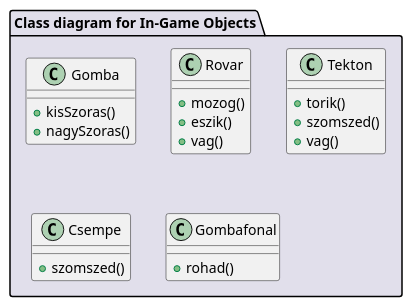
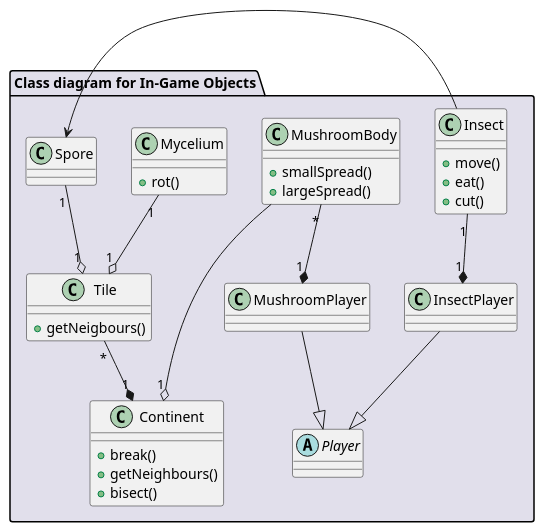
One commit to Harcipan/Projlab_nullpointerexception changed the diagram in diagrams/diagramFiles/CD_InGameObjects.puml. Above: the diagram before and after it, drawn with PlantUML.

Commit message:
req update

```diff
--- a/diagrams/diagramFiles/CD_InGameObjects.puml
+++ b/diagrams/diagramFiles/CD_InGameObjects.puml
@@ -1,30 +1,58 @@
 @startuml CD_InGameObjects
 
 package "Class diagram for In-Game Objects" #E1DFEB {
-    class Gomba {
-        + kisSzoras()
-        + nagySzoras()
+    class MushroomBody {
+        + smallSpread()
+        + largeSpread()
     }
 
-    class Rovar {
-        + mozog()
-        + eszik()
-        + vag()
+    class Insect {
+        + move()
+        + eat()
+        + cut()
     }
 
-    class Tekton {
-        + torik()
-        + szomszed()
-        + vag()
+    class Continent {
+        + break()
+        + getNeighbours()
+        + bisect()
     }
 
-    class Csempe {
-        + szomszed()
+    class Tile {
+        + getNeigbours()
     }
 
-    class Gombafonal {
-        + rohad()
+    class Mycelium {
+        + rot()
     }
+
+    class Spore {
+
+    }
+
+    abstract class Player {
+
+    }
+
+    class MushroomPlayer {
+    
+    }
+
+    class InsectPlayer {
+    
+    }
+
+    'connections'
+
+    MushroomBody --o "1" Continent
+    Tile "*" --* "1" Continent
+    Mycelium "1" --o "1" Tile
+    Insect -> Spore
+    Spore "1" --o "1" Tile
+    MushroomPlayer --|> Player
+    InsectPlayer --|> Player
+    Insect "1" --* "1" InsectPlayer
+    MushroomBody "*" --* "1" MushroomPlayer
 }
 
 @enduml
```
